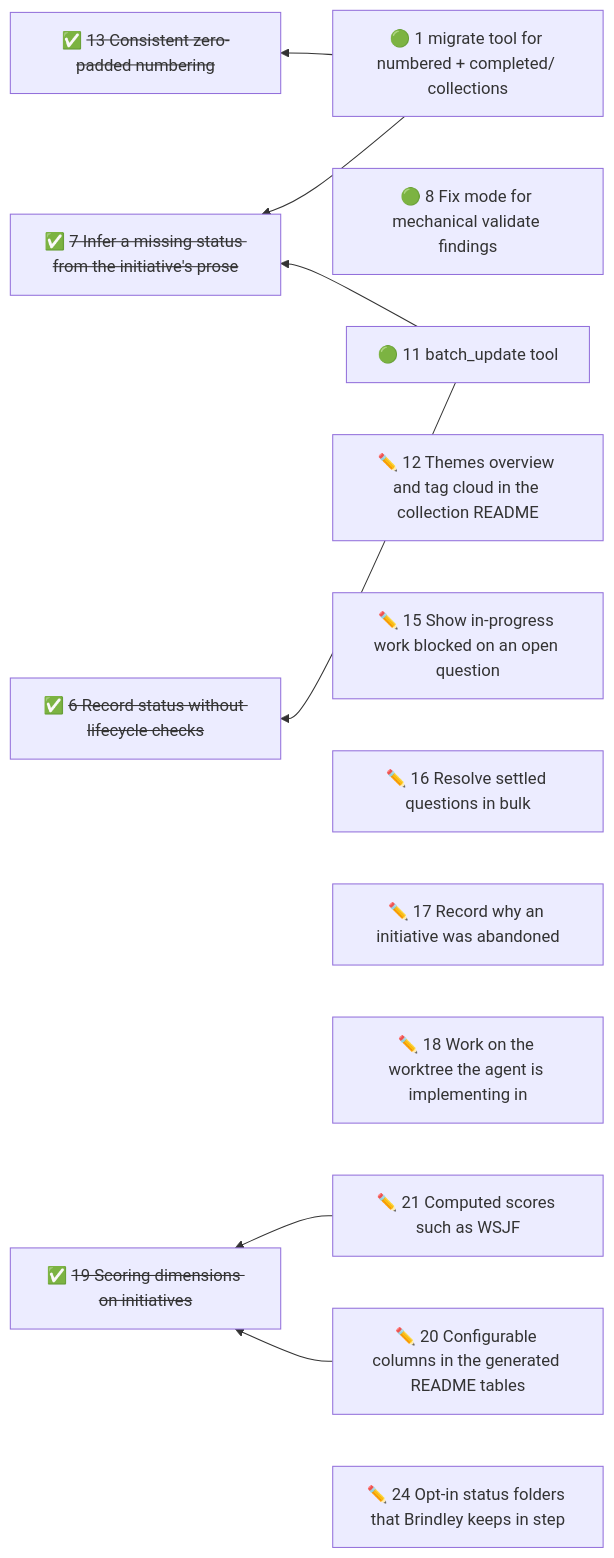
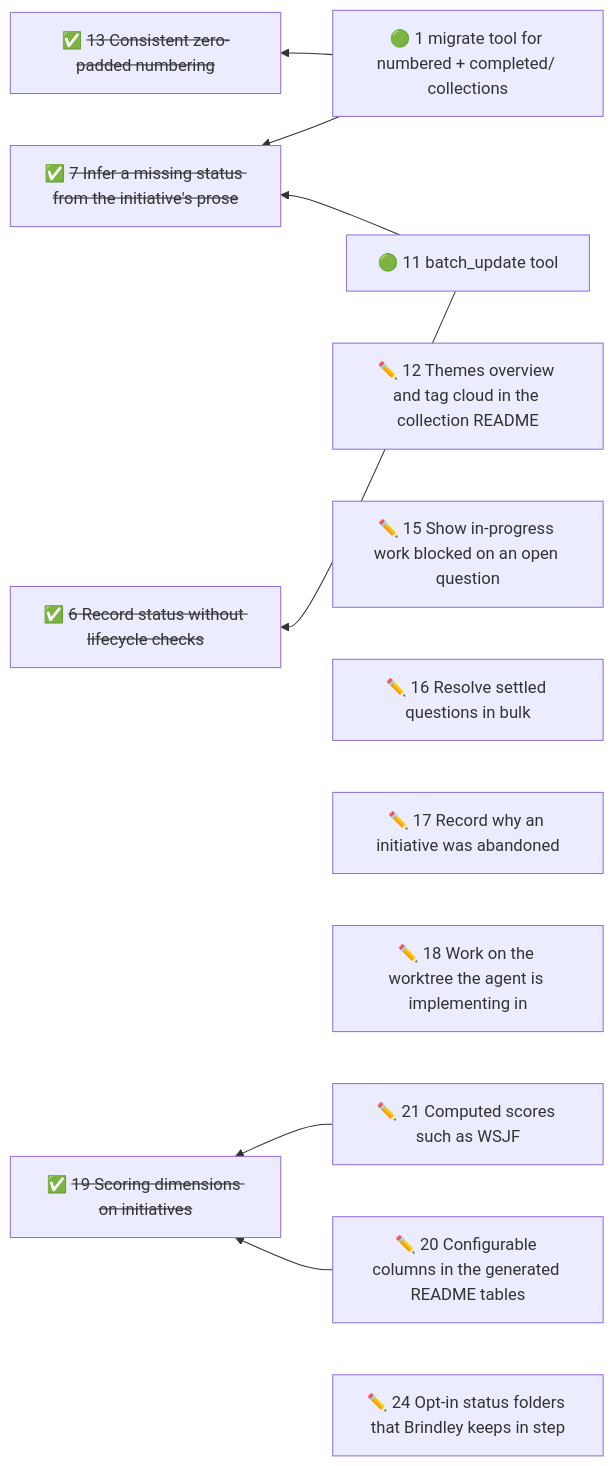
Before and after one commit to duckAsteroid/brindley: the diagram in initiatives/README.md, drawn with Mermaid. The commit also changed other lines of this file and 9 other files, not shown here.

First line of the commit message:
feat: fix mode repairs findings that have one obvious fix

````diff
--- a/initiatives/README.md
+++ b/initiatives/README.md
@@ -38,24 +37,23 @@
 ```mermaid
 flowchart RL
   n1["🟢 1 migrate tool for numbered + completed/ collections"]
-  n8["🟢 8 Fix mode for mechanical validate findings"]
   n11["🟢 11 batch_update tool"]
   n12["✏️ 12 Themes overview and tag cloud in the collection README"]
   n15["✏️ 15 Show in-progress work blocked on an open question"]
   n16["✏️ 16 Resolve settled questions in bulk"]
   n17["✏️ 17 Record why an initiative was abandoned"]
   n18["✏️ 18 Work on the worktree the agent is implementing in"]
   n20["✏️ 20 Configurable columns in the generated README tables"]
   n21["✏️ 21 Computed scores such as WSJF"]
   n24["✏️ 24 Opt-in status folders that Brindley keeps in step"]
   n7["✅ <s>7 Infer a missing status from the initiative's prose</s>"]
   n13["✅ <s>13 Consistent zero-padded numbering</s>"]
   n6["✅ <s>6 Record status without lifecycle checks</s>"]
   n19["✅ <s>19 Scoring dimensions on initiatives</s>"]
   n1 --> n7
   n1 --> n13
   n11 --> n6
   n11 --> n7
   n20 --> n19
   n21 --> n19
 ```
````
